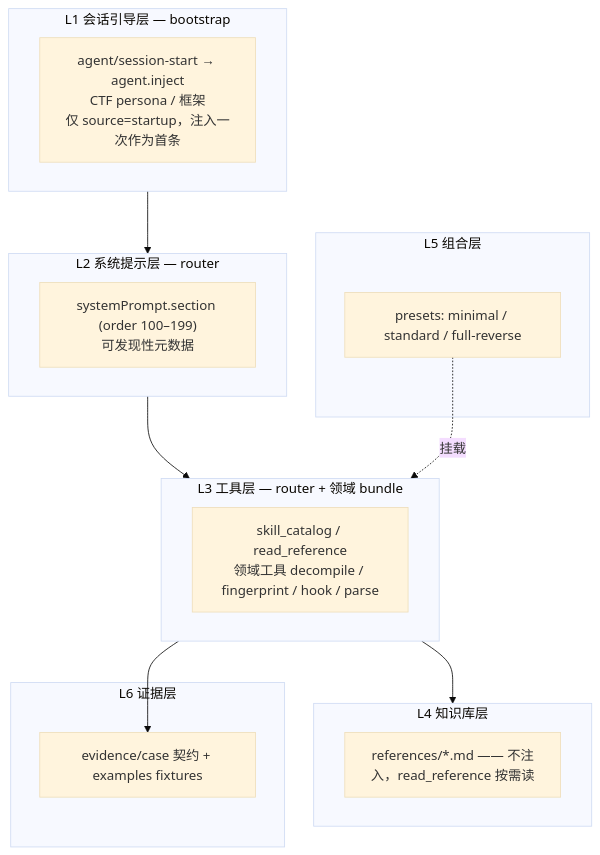
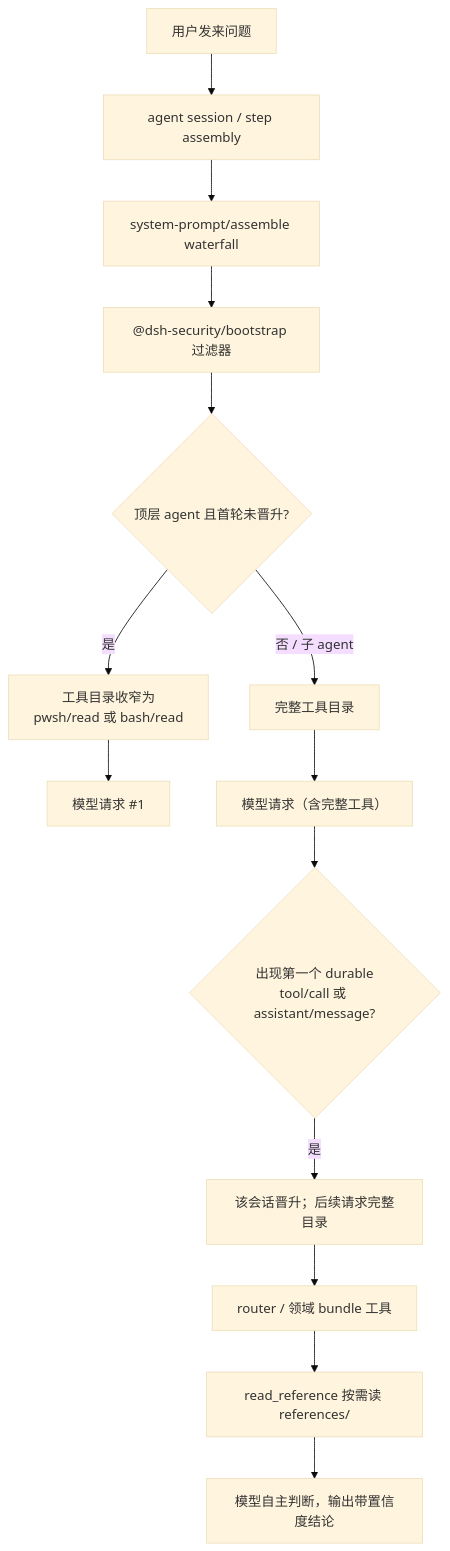
One commit to ADWMC/helm-d changed the diagram in docs/architecture.md. Above: the diagram before and after it, drawn with Mermaid (base theme). The commit also changed other lines of this file and 23 other files, not shown here.

Commit message:
对齐 dsh-anchored-standard：重写 preset 与 bootstrap/router

````diff
--- a/docs/architecture.md
+++ b/docs/architecture.md
@@ -27,25 +16,16 @@
 ```mermaid
 flowchart TD
-  subgraph L1["L1 会话引导层 — bootstrap"]
-    A["agent/session-start → agent.inject<br/>CTF persona / 框架<br/>仅 source=startup，注入一次作为首条"]
-  end
-  subgraph L2["L2 系统提示层 — router"]
-    B["systemPrompt.section (order 100–199)<br/>可发现性元数据"]
-  end
-  subgraph L3["L3 工具层 — router + 领域 bundle"]
-    C["skill_catalog / read_reference<br/>领域工具 decompile / fingerprint / hook / parse"]
-  end
-  subgraph L4["L4 知识库层"]
-    D["references/*.md —— 不注入，read_reference 按需读"]
-  end
-  subgraph L5["L5 组合层"]
-    E["presets: minimal / standard / full-reverse"]
-  end
-  subgraph L6["L6 证据层"]
-    F["evidence/case 契约 + examples fixtures"]
-  end
-
-  L1 --> L2 --> L3 --> L4
-  E -.挂载.-> L3
-  L3 --> F
+  U["用户发来问题"] --> S["agent session / step assembly"]
+  S --> A["system-prompt/assemble waterfall"]
+  A --> B["@dsh-security/bootstrap 过滤器"]
+  B --> B1{"顶层 agent 且首轮未晋升?"}
+  B1 -- "是" --> C["工具目录收窄为<br/>pwsh/read 或 bash/read"]
+  B1 -- "否 / 子 agent" --> D["完整工具目录"]
+  C --> M["模型请求 #1"]
+  D --> M2["模型请求（含完整工具）"]
+  M2 --> P{"出现第一个 durable<br/>tool/call 或 assistant/message?"}
+  P -- "是" --> R["该会话晋升；后续请求完整目录"]
+  R --> T["router / 领域 bundle 工具"]
+  T --> K["read_reference 按需读 references/"]
+  K --> O["模型自主判断，输出带置信度结论"]
 ```
````
